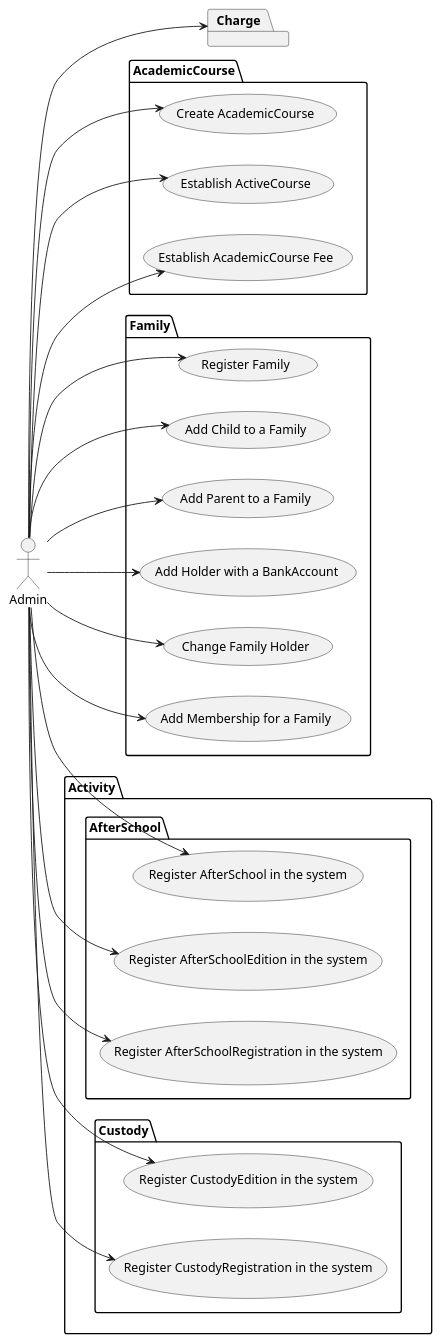
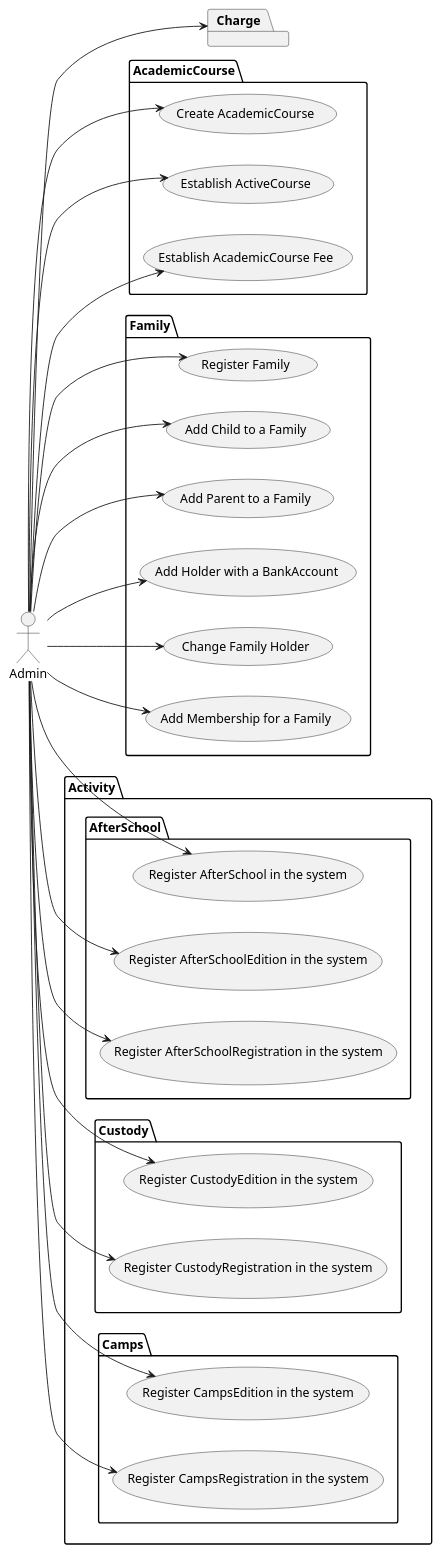
Before and after one commit to IgnacioMaestro/ampa-manager: the diagram in doc/UseCasesDiagram/UseCasesDiagram.puml, drawn with PlantUML.

Commit message:
feat: add use cases of camps

```diff
--- a/doc/UseCasesDiagram/UseCasesDiagram.puml
+++ b/doc/UseCasesDiagram/UseCasesDiagram.puml
@@ -1,31 +1,35 @@
 @startuml
 left to right direction
 actor Admin
 package AcademicCourse{
     Admin --> (Create AcademicCourse)
     Admin --> (Establish ActiveCourse)
     Admin --> (Establish AcademicCourse Fee)
 }
 package Family {
     Admin --> (Register Family)
     Admin --> (Add Child to a Family)
     Admin --> (Add Parent to a Family)
     Admin --> (Add Holder with a BankAccount)
     Admin --> (Change Family Holder)
     Admin --> (Add Membership for a Family)
 }
 package Activity {
     package AfterSchool {
         Admin --> (Register AfterSchool in the system)
         Admin --> (Register AfterSchoolEdition in the system)
         Admin --> (Register AfterSchoolRegistration in the system)
     }
     package Custody {
         Admin --> (Register CustodyEdition in the system)
         Admin --> (Register CustodyRegistration in the system)
     }
+    package Camps {
+        Admin --> (Register CampsEdition in the system)
+        Admin --> (Register CampsRegistration in the system)
+    }
 }
 package Charge {
 }
 Admin --> Charge
 @enduml
```
